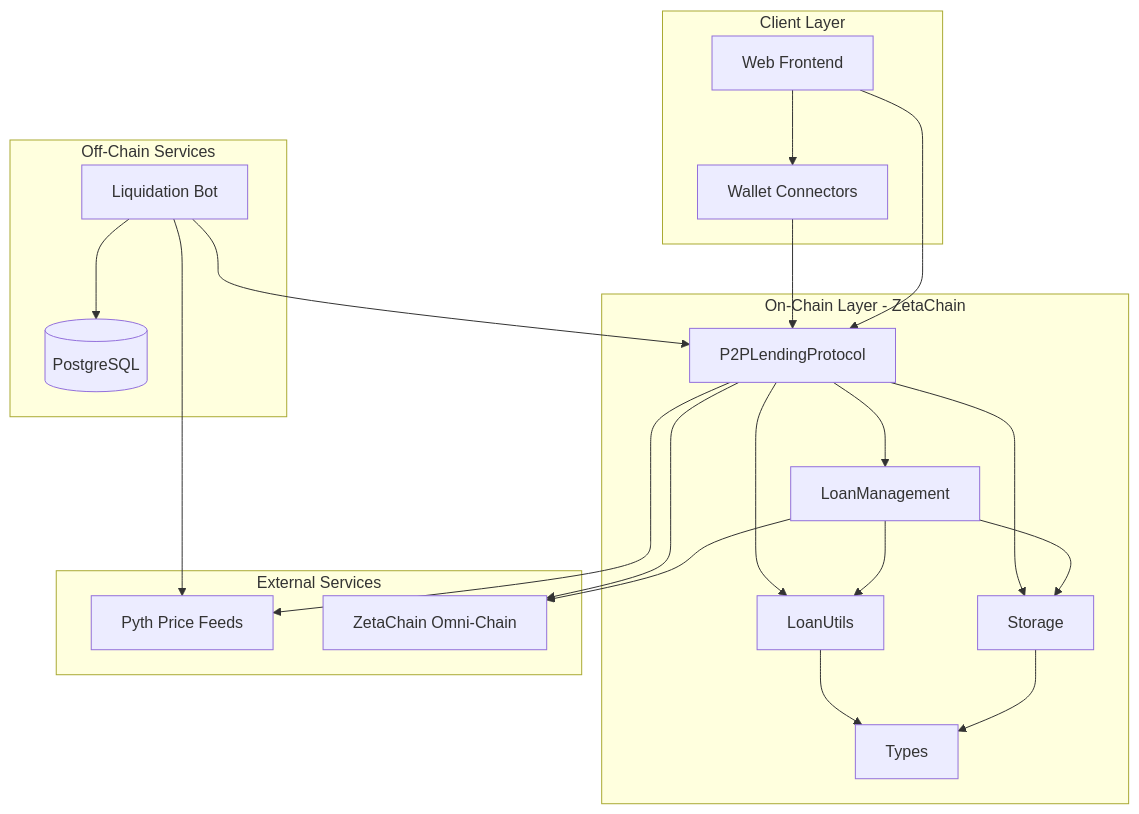
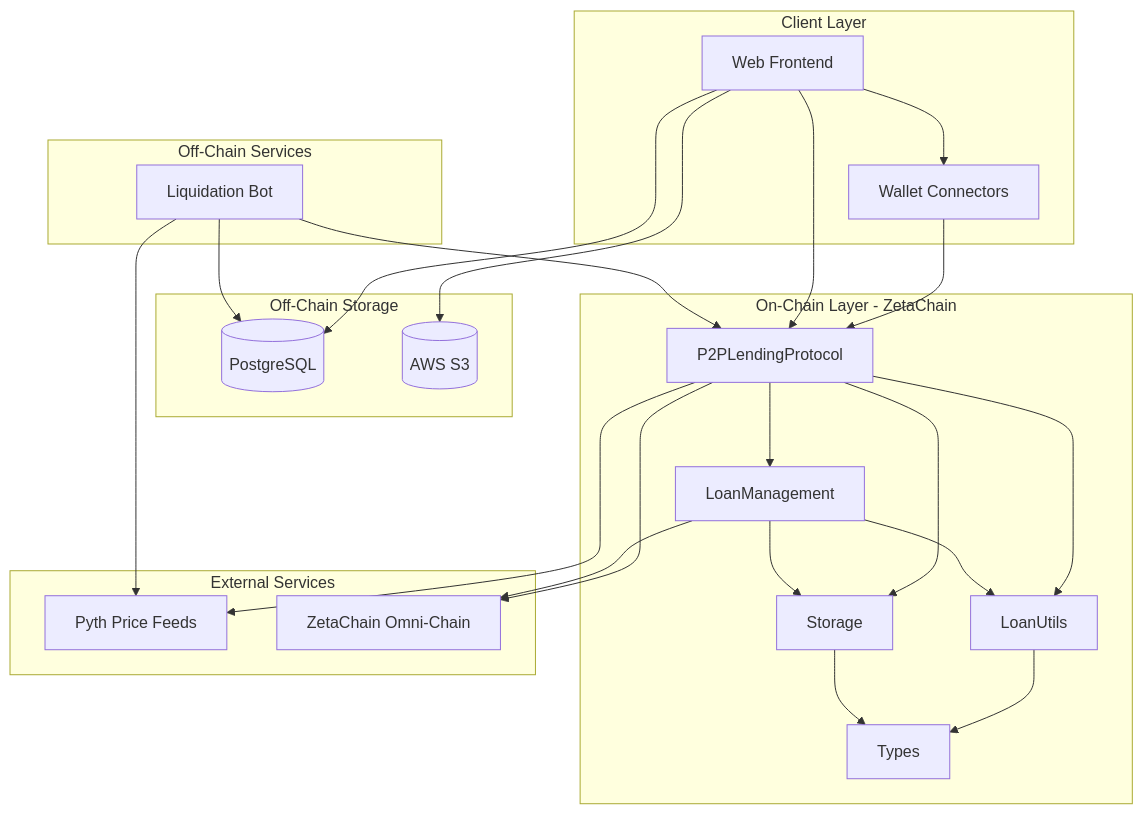
One commit to francis-Paul-code/zetaconfluence changed the first of 4 diagrams in .kiro/specs/zetaconfluence-protocol/design.md. Above: the diagram before and after it, drawn with Mermaid. The commit also changed 12 other files, not shown here.

````diff
--- a/.kiro/specs/zetaconfluence-protocol/design.md
+++ b/.kiro/specs/zetaconfluence-protocol/design.md
@@ -19,45 +19,53 @@
 ```mermaid
 graph TB
     subgraph "Client Layer"
         WEB[Web Frontend]
         WALLET[Wallet Connectors]
     end
     
+    
+
+    subgraph "Off-Chain Storage"
+        DB[(PostgreSQL)]
+        S3[(AWS S3)]
+    end
+
     subgraph "Off-Chain Services"
         BOT[Liquidation Bot]
-        DB[(PostgreSQL)]
     end
     
     subgraph "On-Chain Layer - ZetaChain"
         PROTOCOL[P2PLendingProtocol]
         LOAN_MGT[LoanManagement]
         STORAGE[Storage]
         UTILS[LoanUtils]
         TYPES[Types]
     end
     
     subgraph "External Services"
         PYTH[Pyth Price Feeds]
         ZETACHAIN[ZetaChain Omni-Chain]
     end
     
     WEB --> WALLET
+    WEB --> DB
+    WEB --> S3
     WALLET --> PROTOCOL
     WEB --> PROTOCOL
     
     BOT --> DB
     BOT --> PROTOCOL
     BOT --> PYTH
     
     PROTOCOL --> LOAN_MGT
     PROTOCOL --> STORAGE
     PROTOCOL --> UTILS
     LOAN_MGT --> STORAGE
     LOAN_MGT --> UTILS
     UTILS --> TYPES
     STORAGE --> TYPES
     
     PROTOCOL --> PYTH
     PROTOCOL --> ZETACHAIN
     LOAN_MGT --> ZETACHAIN
 ```
````
